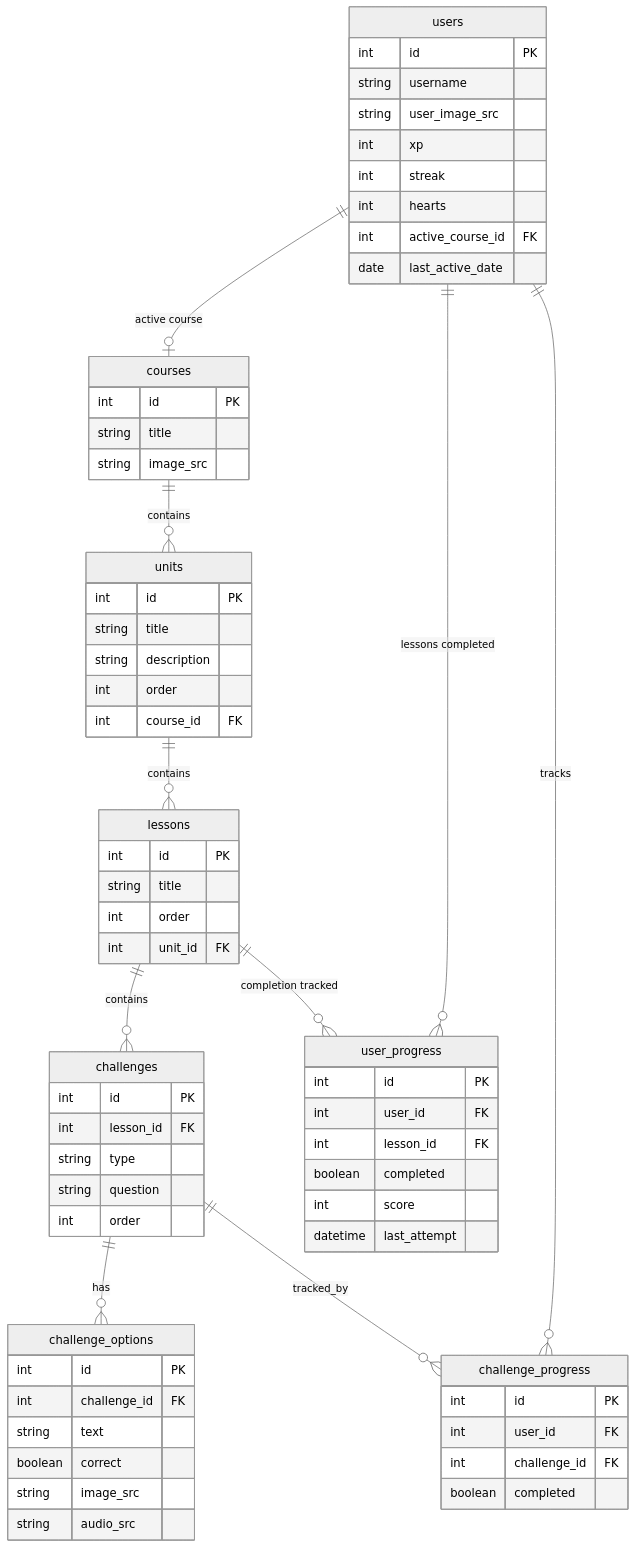
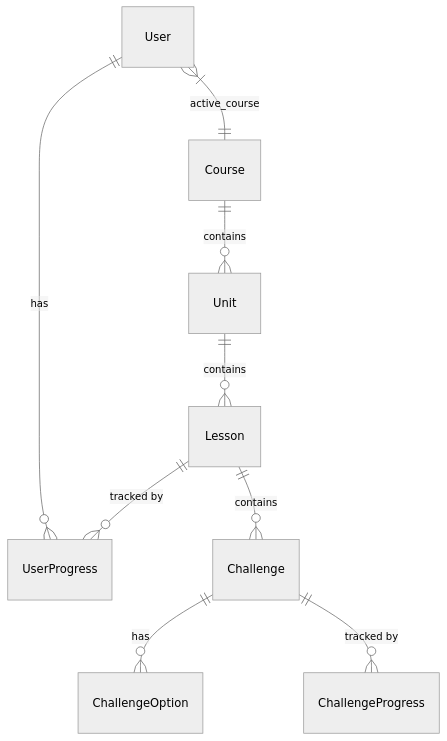
The diagram in README.md (techi101/duolingo-assignment), drawn with Mermaid (neutral theme) before and after one commit. The commit also changed other lines of this file and 65 other files, not shown here.

````diff
--- a/README.md
+++ b/README.md
@@ -75,70 +33,11 @@
 ```mermaid
 erDiagram
-    users {
-        int id PK
-        string username
-        string user_image_src
-        int xp
-        int streak
-        int hearts
-        int active_course_id FK
-        date last_active_date
-    }
-    courses {
-        int id PK
-        string title
-        string image_src
-    }
-    units {
-        int id PK
-        string title
-        string description
-        int order
-        int course_id FK
-    }
-    lessons {
-        int id PK
-        string title
-        int order
-        int unit_id FK
-    }
-    challenges {
-        int id PK
-        int lesson_id FK
-        string type
-        string question
-        int order
-    }
-    challenge_options {
-        int id PK
-        int challenge_id FK
-        string text
-        boolean correct
-        string image_src
-        string audio_src
-    }
-    challenge_progress {
-        int id PK
-        int user_id FK
-        int challenge_id FK
-        boolean completed
-    }
-    user_progress {
-        int id PK
-        int user_id FK
-        int lesson_id FK
-        boolean completed
-        int score
-        datetime last_attempt
-    }
-
-    users ||--o| courses : "active course"
-    courses ||--o{ units : "contains"
-    units ||--o{ lessons : "contains"
-    lessons ||--o{ challenges : "contains"
-    challenges ||--o{ challenge_options : "has"
-    users ||--o{ challenge_progress : "tracks"
-    challenges ||--o{ challenge_progress : "tracked_by"
-    users ||--o{ user_progress : "lessons completed"
-    lessons ||--o{ user_progress : "completion tracked"
+    User ||--o{ UserProgress : "has"
+    User }|--|| Course : "active_course"
+    Course ||--o{ Unit : "contains"
+    Unit ||--o{ Lesson : "contains"
+    Lesson ||--o{ Challenge : "contains"
+    Lesson ||--o{ UserProgress : "tracked by"
+    Challenge ||--o{ ChallengeOption : "has"
+    Challenge ||--o{ ChallengeProgress : "tracked by"
 ```
````
